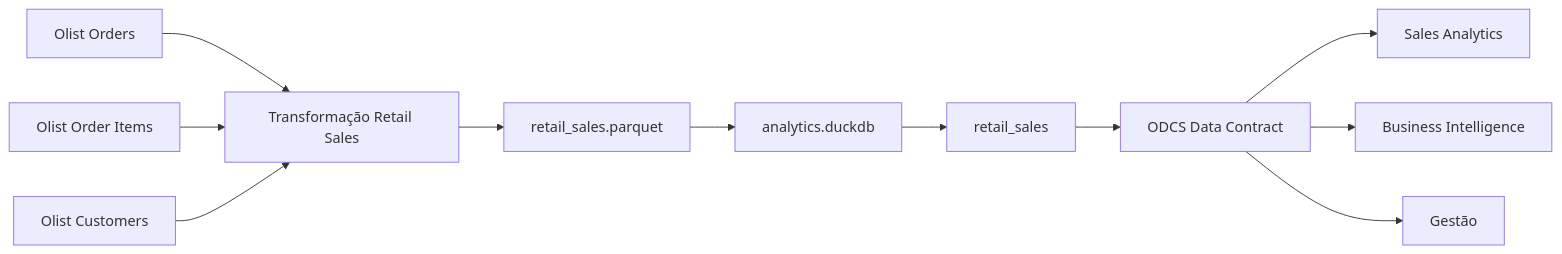
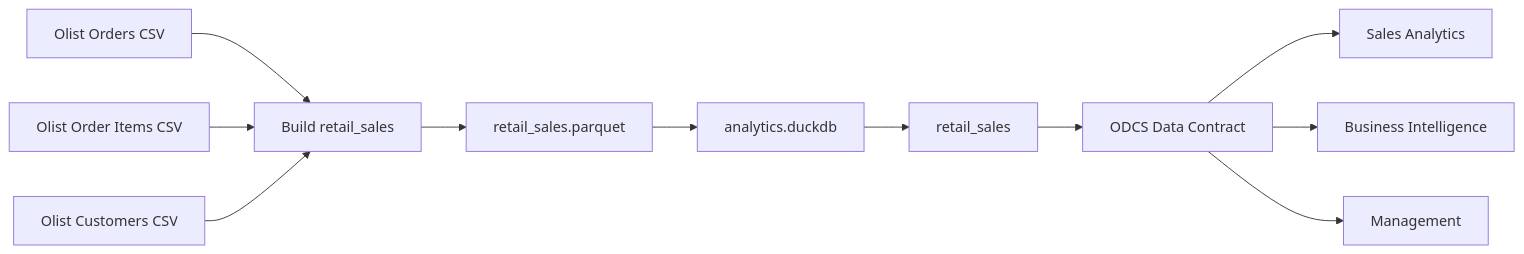
One commit to ThatianeBotelho/FIAP_Data_Product_Management_Vendas_Varejo changed the diagram in README.md. Above: the diagram before and after it, drawn with Mermaid. The commit also changed other lines of this file and 8 other files, not shown here.

````diff
--- a/README.md
+++ b/README.md
@@ -210,19 +132,15 @@
 ```mermaid
 flowchart LR
+    A[Olist Orders CSV] --> D[Build retail_sales]
+    B[Olist Order Items CSV] --> D
+    C[Olist Customers CSV] --> D
 
-A[Olist Orders] --> D[Transformação Retail Sales]
-B[Olist Order Items] --> D
-C[Olist Customers] --> D
+    D --> E[retail_sales.parquet]
+    E --> F[analytics.duckdb]
+    F --> G[retail_sales]
 
-D --> E[retail_sales.parquet]
-
-E --> F[analytics.duckdb]
-
-F --> G[retail_sales]
-
-G --> H[ODCS Data Contract]
-
-H --> I[Sales Analytics]
-H --> J[Business Intelligence]
-H --> K[Gestão]
+    G --> H[ODCS Data Contract]
+    H --> I[Sales Analytics]
+    H --> J[Business Intelligence]
+    H --> K[Management]
 ```
````
